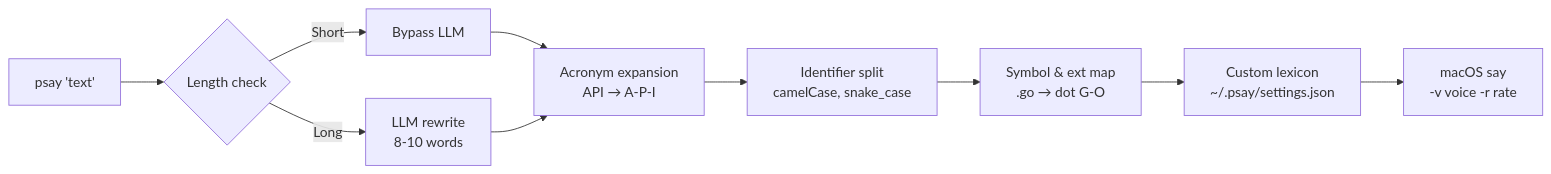
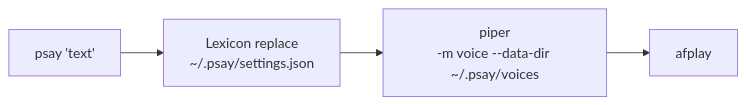
The diagram in README.md (ssupawat/psay), drawn with Mermaid before and after one commit. The commit also changed other lines of this file and 11 other files, not shown here.

First line of the commit message:
Pivot to piper TTS: agent-first premise, lexicon replacer, psay init, PSAY.md protocol

````diff
--- a/README.md
+++ b/README.md
@@ -24,18 +35,8 @@
 ```mermaid
 flowchart LR
-  A["psay 'text'"] --> B{Length check}
-  B -->|Short| C["Bypass LLM"]
-  B -->|Long| D["LLM rewrite
-8-10 words"]
-  C --> E["Acronym expansion
-API → A-P-I"]
-  D --> E
-  E --> F["Identifier split
-camelCase, snake_case"]
-  F --> G["Symbol & ext map
-.go → dot G-O"]
-  G --> H["Custom lexicon
+  A["psay 'text'"] --> B["Lexicon replace
 ~/.psay/settings.json"]
-  H --> I["macOS say
--v voice -r rate"]
+  B --> E["piper
+-m voice --data-dir ~/.psay/voices"]
+  E --> F["afplay"]
 ```
````
